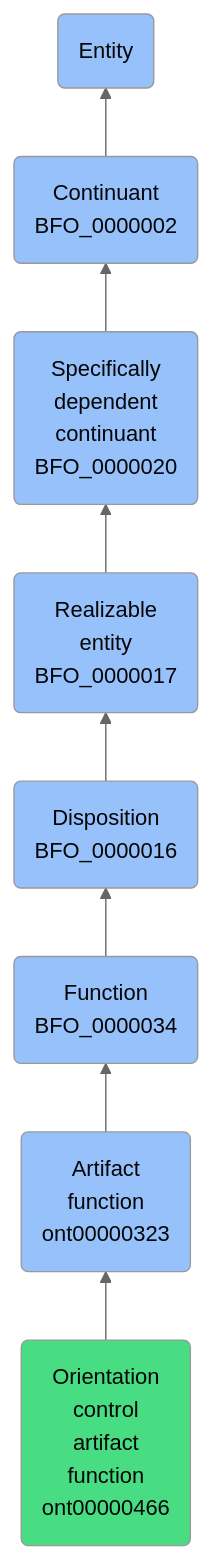
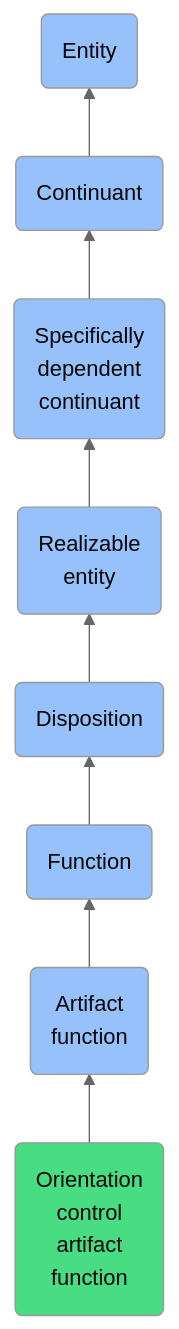
The diagram in docs/ontology/reference/model/Entity/Continuant/Specifically dependent continuant/Realizable entity/Disposition/Function/Artifact function/Orientation control artifact function/Orientation control artifact function.md (jupyter-naas/abi), drawn with Mermaid (neutral theme) before and after one commit. The commit also changed other lines of this file and 1430 other files, not shown here.

````diff
--- a/docs/ontology/reference/model/Entity/Continuant/Specifically dependent continuant/Realizable entity/Disposition/Function/Artifact function/Orientation control artifact function/Orientation control artifact function.md
+++ b/docs/ontology/reference/model/Entity/Continuant/Specifically dependent continuant/Realizable entity/Disposition/Function/Artifact function/Orientation control artifact function/Orientation control artifact function.md
@@ -24,15 +24,15 @@
 ```mermaid
 graph BT
-    ont00000466(Orientation<br>control<br>artifact<br>function<br>ont00000466):::ABI-->ont00000323
-    ont00000323(Artifact<br>function<br>ont00000323):::BFO-->BFO_0000034
-    BFO_0000034(Function<br>BFO_0000034):::BFO-->BFO_0000016
-    BFO_0000016(Disposition<br>BFO_0000016):::BFO-->BFO_0000017
-    BFO_0000017(Realizable<br>entity<br>BFO_0000017):::BFO-->BFO_0000020
-    BFO_0000020(Specifically<br>dependent<br>continuant<br>BFO_0000020):::BFO-->BFO_0000002
-    BFO_0000002(Continuant<br>BFO_0000002):::BFO-->BFO_0000001
+    ont00000466(Orientation<br>control<br>artifact<br>function):::ABI-->ont00000323
+    ont00000323(Artifact<br>function):::BFO-->BFO_0000034
+    BFO_0000034(Function):::BFO-->BFO_0000016
+    BFO_0000016(Disposition):::BFO-->BFO_0000017
+    BFO_0000017(Realizable<br>entity):::BFO-->BFO_0000020
+    BFO_0000020(Specifically<br>dependent<br>continuant):::BFO-->BFO_0000002
+    BFO_0000002(Continuant):::BFO-->BFO_0000001
     BFO_0000001(Entity):::BFO
     
     classDef BFO fill:#97c1fb,color:#060606
     classDef CCO fill:#e4c51e,color:#060606
     classDef ABI fill:#48DD82,color:#060606
 ```
````
